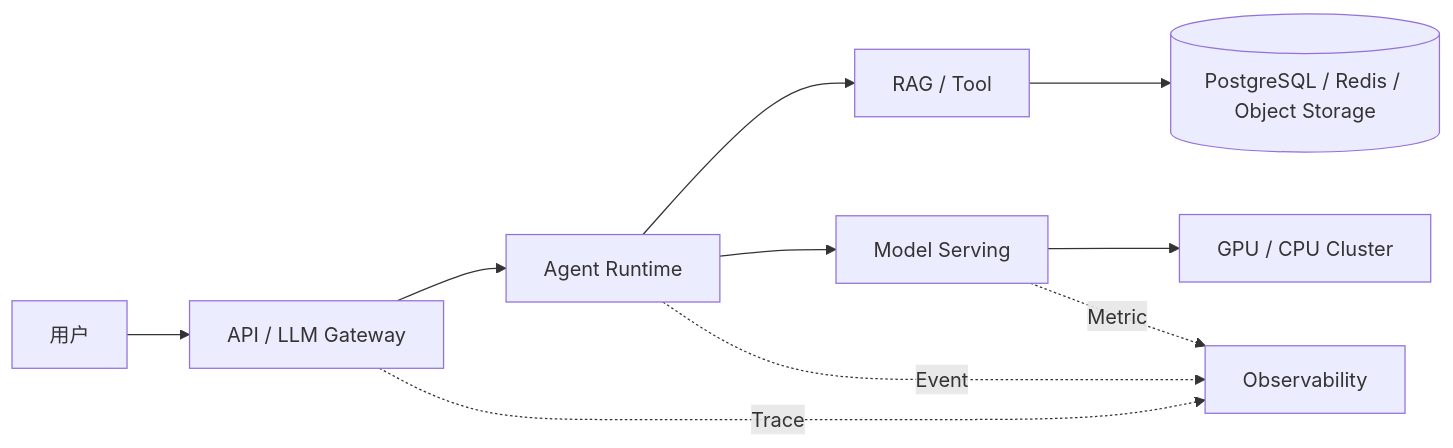
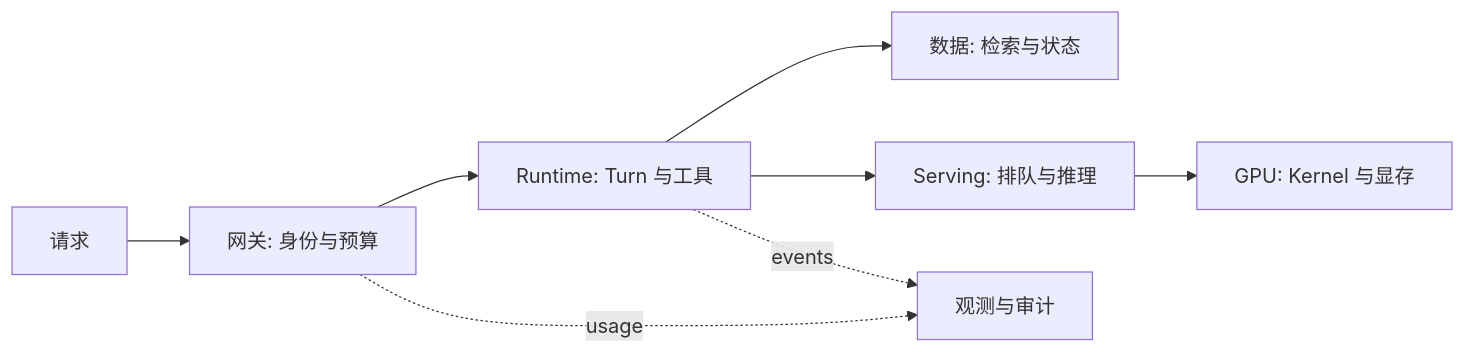
One commit to upJiang/jiang-blog-vitepress changed the diagram in docs/devops/ai-infra-role-map.md. Above: the diagram before and after it, drawn with Mermaid. The commit also changed other lines of this file and 190 other files, not shown here.

````diff
--- a/docs/devops/ai-infra-role-map.md
+++ b/docs/devops/ai-infra-role-map.md
@@ -34,12 +34,10 @@
 ```mermaid
 flowchart LR
-  U[用户] --> G[API / LLM Gateway]
-  G --> A[Agent Runtime]
-  A --> R[RAG / Tool]
-  A --> S[Model Serving]
-  S --> C[GPU / CPU Cluster]
-  R --> D[(PostgreSQL / Redis / Object Storage)]
-  G -.Trace.-> O[Observability]
-  A -.Event.-> O
-  S -.Metric.-> O
+  U[请求] --> G[网关: 身份与预算]
+  G --> A[Runtime: Turn 与工具]
+  A --> R[数据: 检索与状态]
+  A --> S[Serving: 排队与推理]
+  S --> C[GPU: Kernel 与显存]
+  G -.usage.-> O[观测与审计]
+  A -.events.-> O
 ```
````
